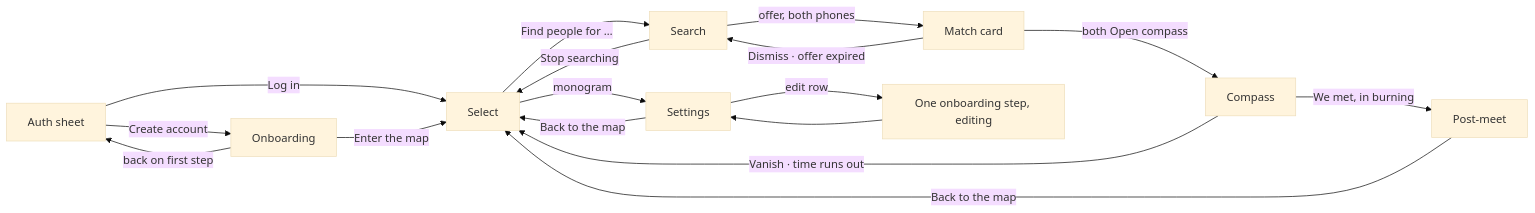
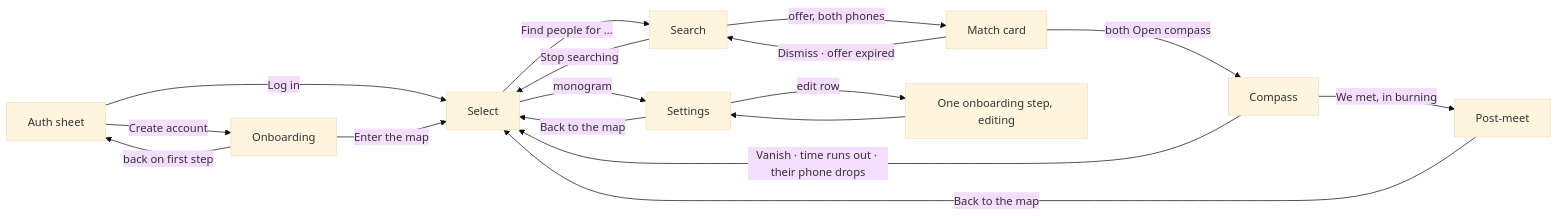
One commit to uteg-labs/just-mate changed the first of 2 diagrams in docs/STRUCTURE.md. Above: the diagram before and after it, drawn with Mermaid (base theme). The commit also changed other lines of this file and 32 other files, not shown here.

First line of the commit message:
feat(server): design-system flows on the wire and the matching loop

````diff
--- a/docs/STRUCTURE.md
+++ b/docs/STRUCTURE.md
@@ -24,19 +24,19 @@
 ```mermaid
 flowchart LR
     A[Auth sheet] -->|Log in| SEL[Select]
     A -->|Create account| OB[Onboarding]
     OB -->|back on first step| A
     OB -->|Enter the map| SEL
     SEL -->|Find people for …| SR[Search]
     SR -->|Stop searching| SEL
     SR -->|offer, both phones| M[Match card]
     M -->|Dismiss · offer expired| SR
     M -->|both Open compass| C[Compass]
-    C -->|Vanish · time runs out| SEL
+    C -->|Vanish · time runs out · their phone drops| SEL
     C -->|We met, in burning| P[Post-meet]
     P -->|Back to the map| SEL
     SEL -->|monogram| ST[Settings]
     ST -->|edit row| OB1[One onboarding step, editing]
     OB1 --> ST
     ST -->|Back to the map| SEL
 ```
````
